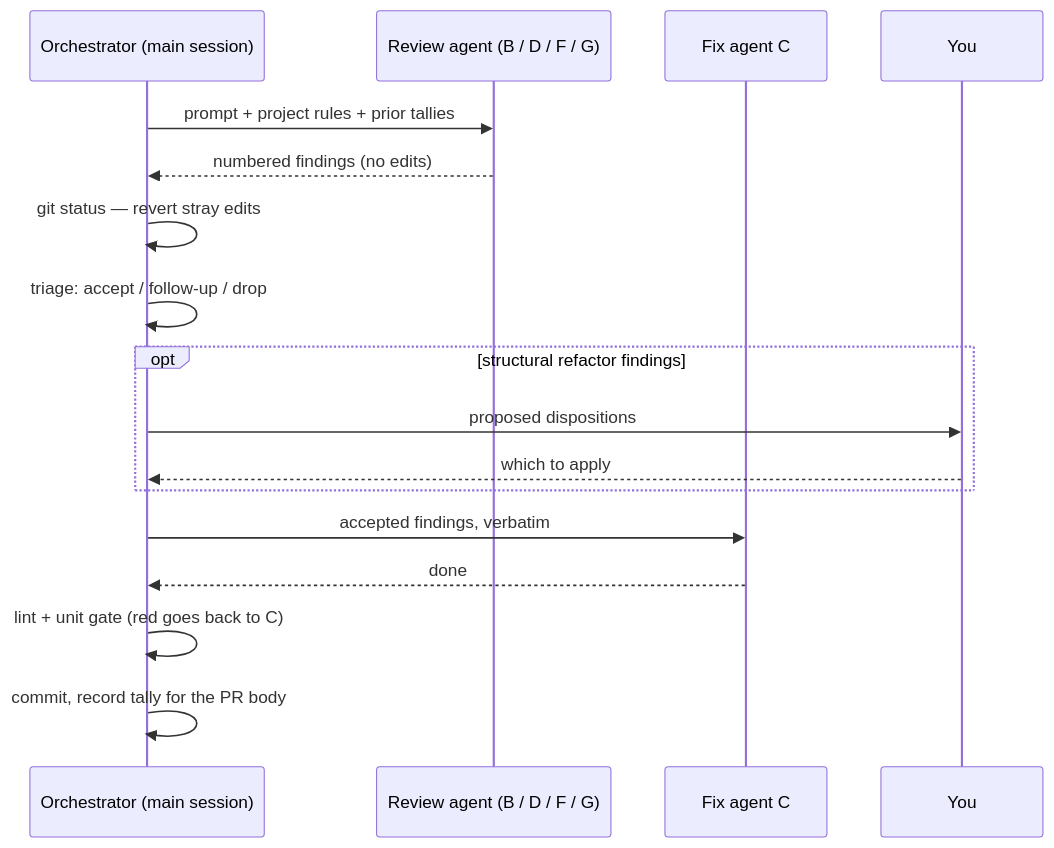
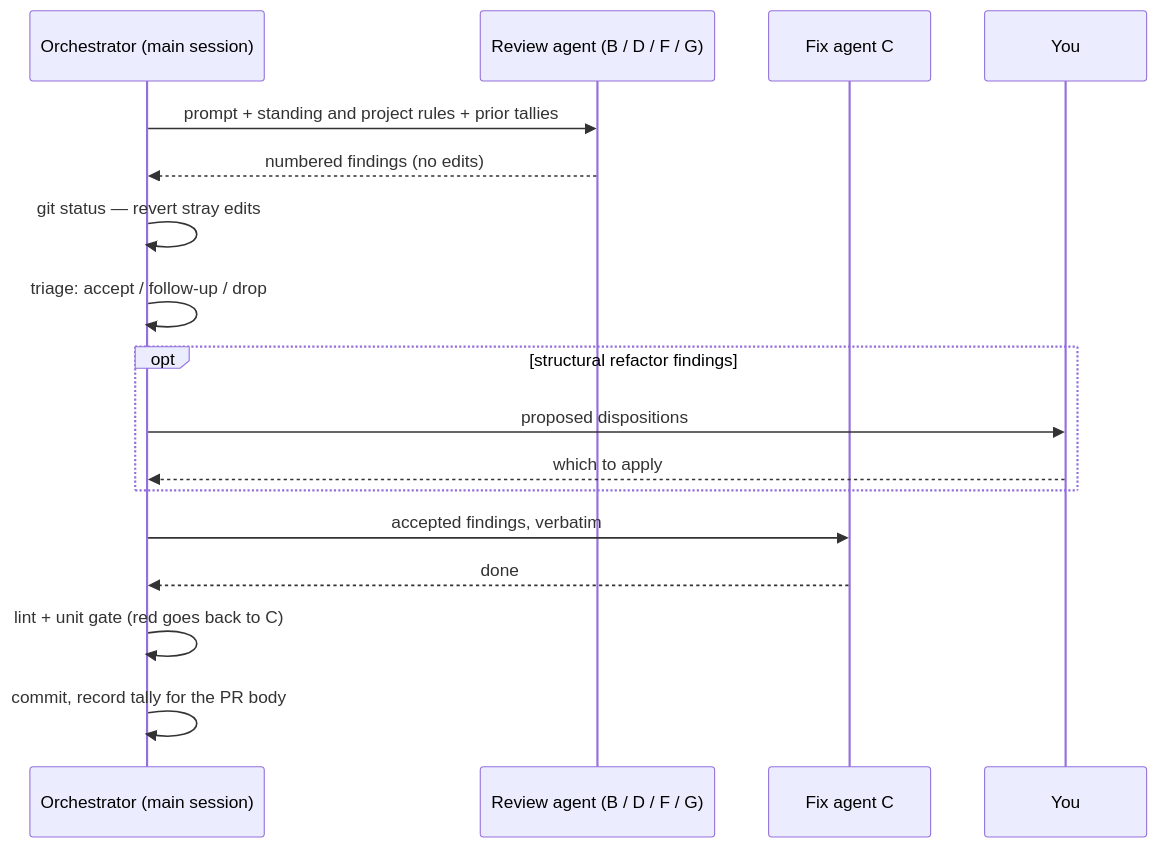
The third of 4 diagrams in README.md (apmiller108/ai-skills), drawn with Mermaid before and after one commit. The commit also changed other lines of this file and 4 other files, not shown here.

````diff
--- a/README.md
+++ b/README.md
@@ -134,19 +134,19 @@
 ```mermaid
 sequenceDiagram
   participant O as Orchestrator (main session)
   participant R as Review agent (B / D / F / G)
   participant C as Fix agent C
   participant U as You
-  O->>R: prompt + project rules + prior tallies
+  O->>R: prompt + standing and project rules + prior tallies
   R-->>O: numbered findings (no edits)
   O->>O: git status — revert stray edits
   O->>O: triage: accept / follow-up / drop
   opt structural refactor findings
     O->>U: proposed dispositions
     U-->>O: which to apply
   end
   O->>C: accepted findings, verbatim
   C-->>O: done
   O->>O: lint + unit gate (red goes back to C)
   O->>O: commit, record tally for the PR body
 ```
````
